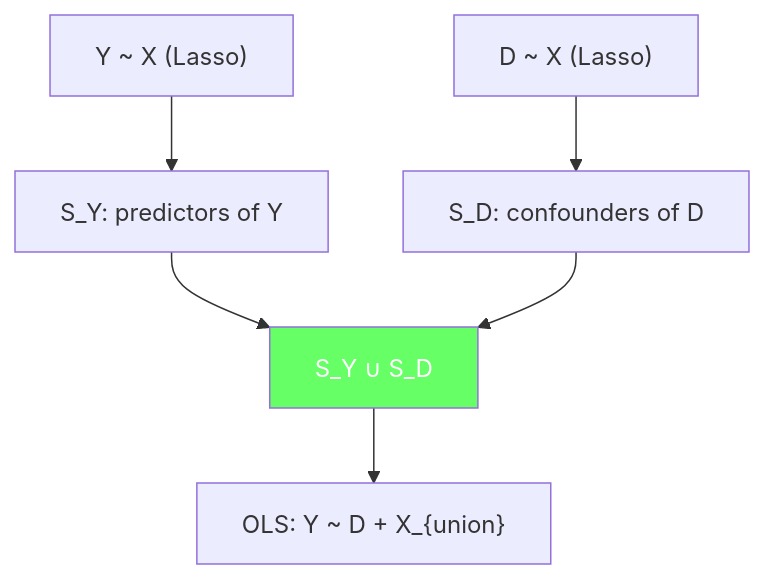
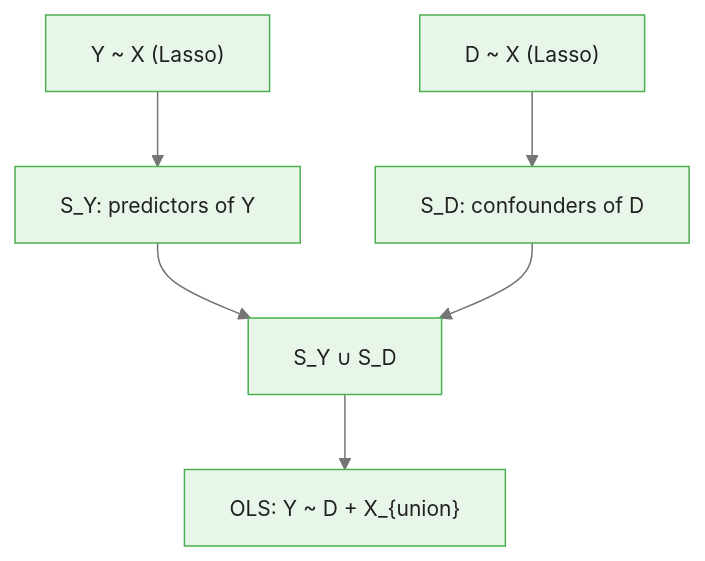
The second of 3 diagrams in courses/double-machine-learning/modules/module_01_ols_limitations/guides/01_regularisation_bias_slides.md (m-deane/course-creator), drawn with Mermaid before and after one commit. The commit also changed other lines of this file and 40 other files, not shown here.

````diff
--- a/courses/double-machine-learning/modules/module_01_ols_limitations/guides/01_regularisation_bias_slides.md
+++ b/courses/double-machine-learning/modules/module_01_ols_limitations/guides/01_regularisation_bias_slides.md
@@ -148,9 +157,9 @@
 ```mermaid
+%%{init: {"theme": "base", "themeVariables": {"primaryColor": "#e8f5e9", "primaryBorderColor": "#4caf50", "primaryTextColor": "#212121", "secondaryColor": "#e3f2fd", "tertiaryColor": "#fff8e1", "lineColor": "#757575", "fontFamily": "Inter, sans-serif", "fontSize": "14px"}}}%%
 flowchart TD
     Y["Y ~ X (Lasso)"] --> SY["S_Y: predictors of Y"]
     D["D ~ X (Lasso)"] --> SD["S_D: confounders of D"]
     SY --> Union["S_Y ∪ S_D"]
     SD --> Union
     Union --> OLS["OLS: Y ~ D + X_{union}"]
-    style Union fill:#6f6,color:#fff
 ```
````
